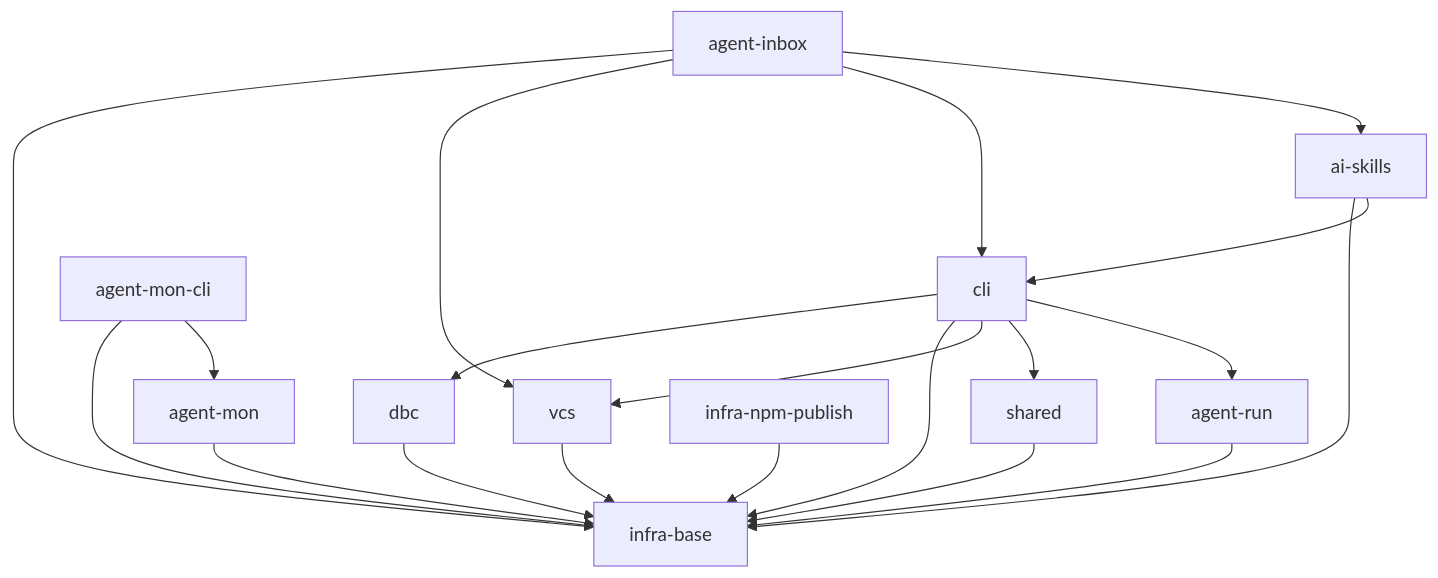
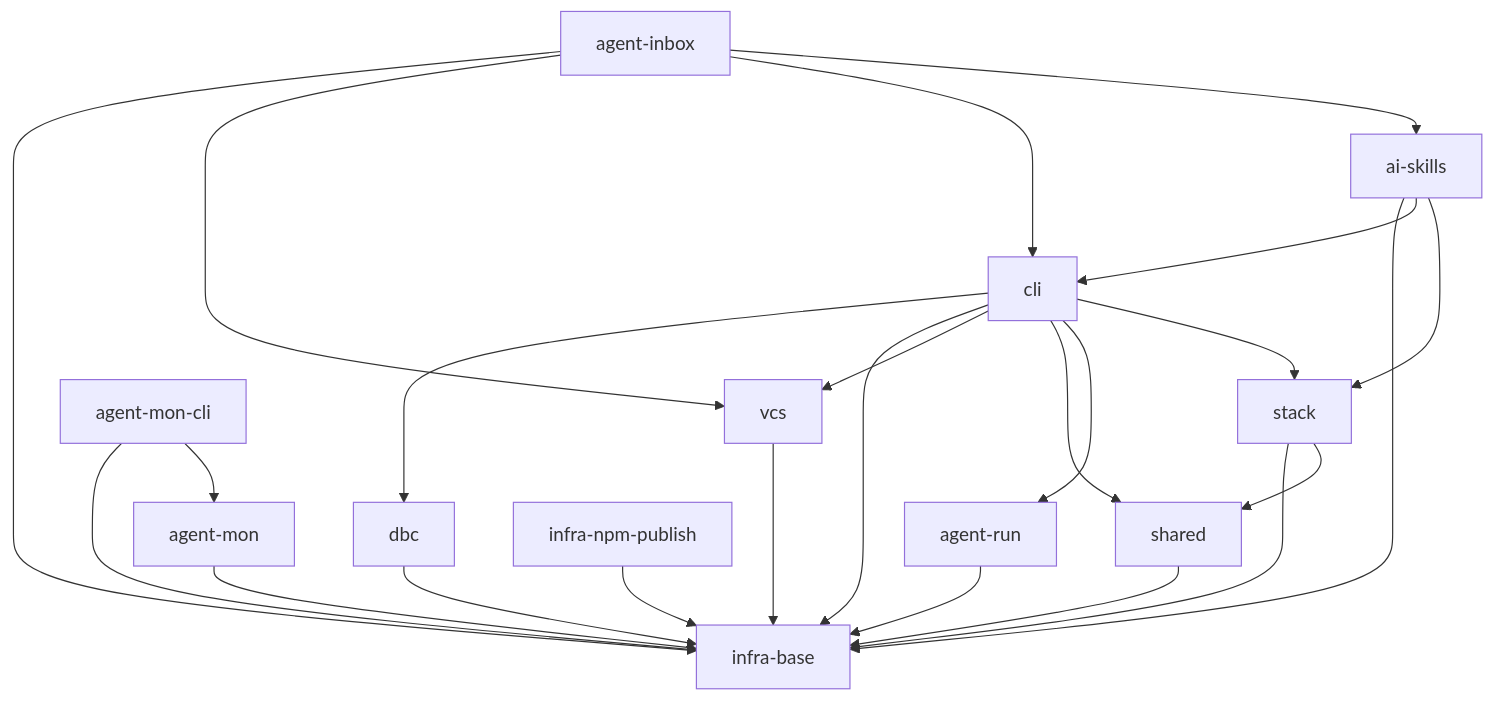
Before and after one commit to RubaXa/gennady: the diagram in specs/README.md, drawn with Mermaid. The commit also changed other lines of this file and 6 other files, not shown here.

````diff
--- a/specs/README.md
+++ b/specs/README.md
@@ -9,22 +9,26 @@
 ```mermaid
 graph TD
     cli --> dbc
     cli --> infra-base
     cli --> vcs
     cli --> shared
     dbc --> infra-base
     vcs --> infra-base
     agent-mon --> infra-base
     agent-mon-cli --> infra-base
     agent-mon-cli --> agent-mon
     agent-run --> infra-base
     cli --> agent-run
     ai-skills --> infra-base
     ai-skills --> cli
     infra-npm-publish --> infra-base
     agent-inbox --> infra-base
     agent-inbox --> vcs
     agent-inbox --> cli
     agent-inbox --> ai-skills
     shared --> infra-base
+    stack --> infra-base
+    stack --> shared
+    cli --> stack
+    ai-skills --> stack
 ```
````
